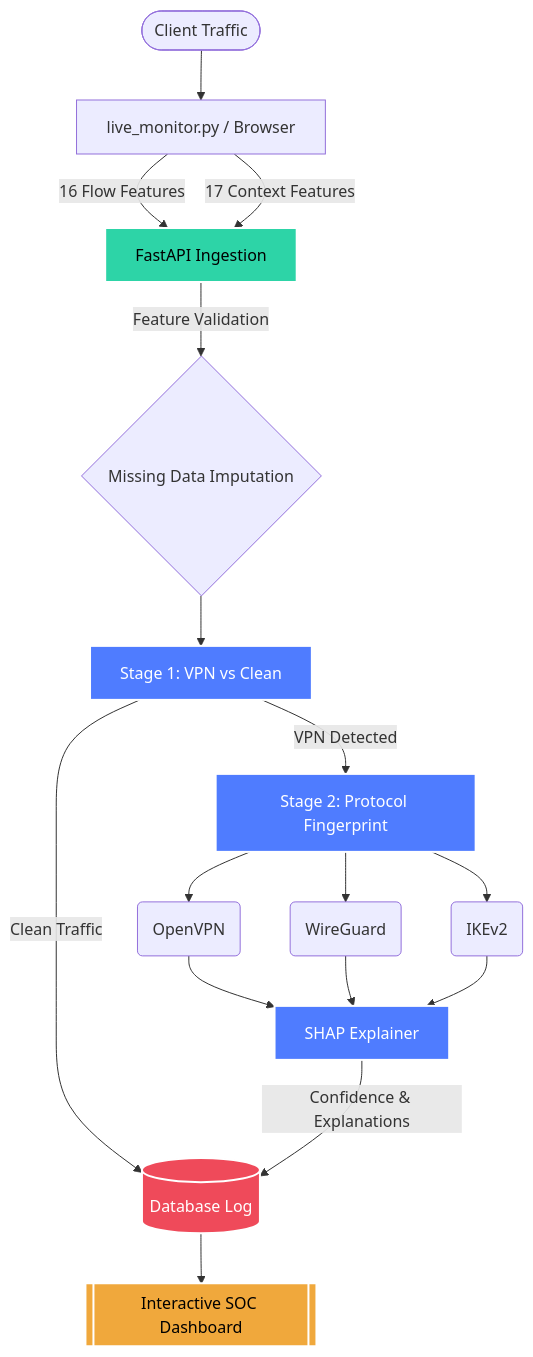
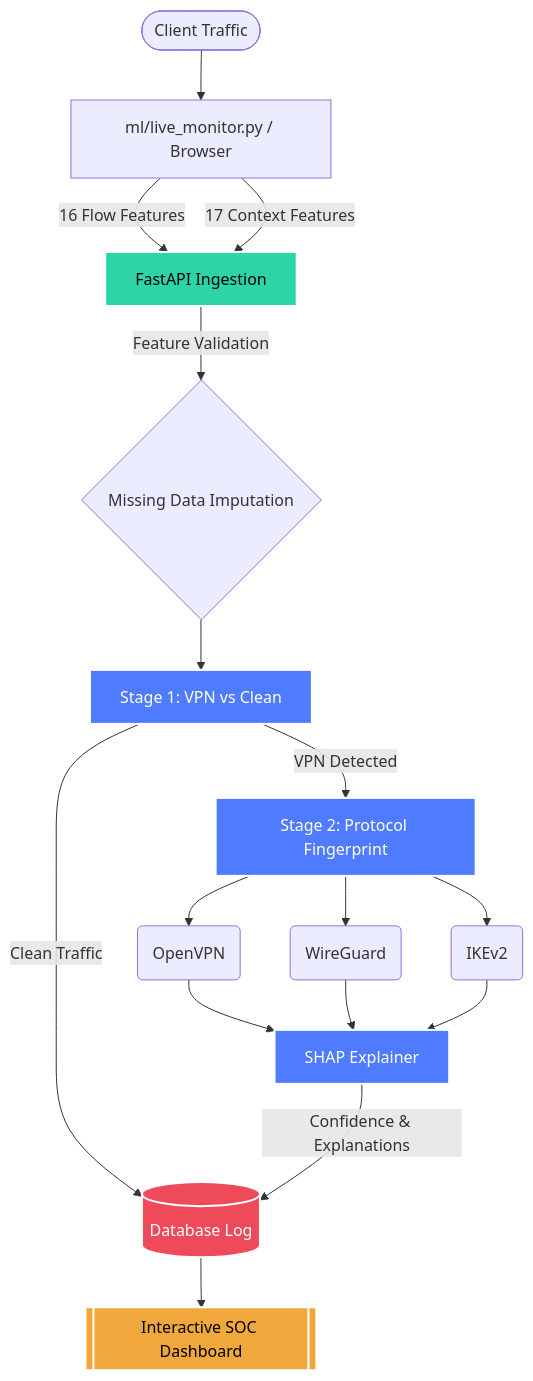
One commit to kevivek-cyber/vpn-sentinel changed the diagram in README.md. Above: the diagram before and after it, drawn with Mermaid. The commit also changed other lines of this file and 8 other files, not shown here.

````diff
--- a/README.md
+++ b/README.md
@@ -60,41 +60,41 @@
 ```mermaid
 graph TD
     %% Core Inputs
-    Client([Client Traffic]) --> Sniffer[live_monitor.py / Browser]
+    Client([Client Traffic]) --> Sniffer[ml/live_monitor.py / Browser]
     Sniffer --> |16 Flow Features| API[FastAPI Ingestion]
     Sniffer --> |17 Context Features| API
     
     %% Processing
     API --> |Feature Validation| Imputer{Missing Data Imputation}
     Imputer --> Stage1[Stage 1: VPN vs Clean]
     
     %% Stage 1 Logic
     Stage1 -->|Clean Traffic| DB[(Database Log)]
     Stage1 -->|VPN Detected| Stage2[Stage 2: Protocol Fingerprint]
     
     %% Stage 2 Logic
     Stage2 --> OpenVPN(OpenVPN)
     Stage2 --> WireGuard(WireGuard)
     Stage2 --> IKEv2(IKEv2)
     
     %% Explainability
     OpenVPN --> SHAP[SHAP Explainer]
     WireGuard --> SHAP
     IKEv2 --> SHAP
     
     SHAP --> |Confidence & Explanations| DB
     
     %% Output
     DB --> Dashboard[[Interactive SOC Dashboard]]
     
     %% Styling
     classDef api fill:#2dd4a7,stroke:#fff,stroke-width:2px,color:#000;
     classDef model fill:#4f7cff,stroke:#fff,stroke-width:2px,color:#fff;
     classDef db fill:#ef4a5a,stroke:#fff,stroke-width:2px,color:#fff;
     classDef dash fill:#f0a83c,stroke:#fff,stroke-width:2px,color:#000;
     
     class API api;
     class Stage1,Stage2,SHAP model;
     class DB db;
     class Dashboard dash;
 ```
````
